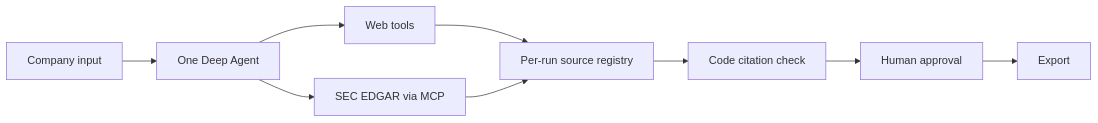
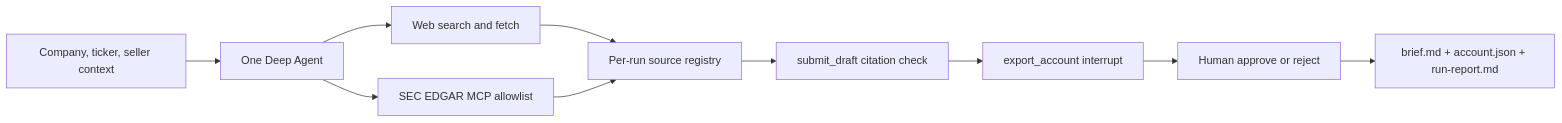
One commit to YapingYang/account-research-agent changed the diagram in README.md. Above: the diagram before and after it, drawn with Mermaid. The commit also changed other lines of this file and 3 other files, not shown here.

````diff
--- a/README.md
+++ b/README.md
@@ -5,11 +17,12 @@
 ```mermaid
 flowchart LR
-  A[Company input] --> B[One Deep Agent]
-  B --> C[Web tools]
-  B --> D[SEC EDGAR via MCP]
-  C --> E[Per-run source registry]
-  D --> E
-  E --> F[Code citation check]
-  F --> G[Human approval]
-  G --> H[Export]
+  I[Company, ticker, seller context] --> A[One Deep Agent]
+  A --> W[Web search and fetch]
+  A --> M[SEC EDGAR MCP allowlist]
+  W --> R[Per-run source registry]
+  M --> R
+  R --> C[submit_draft citation check]
+  C --> X[export_account interrupt]
+  X --> H[Human approve or reject]
+  H --> O[brief.md + account.json + run-report.md]
 ```
````
